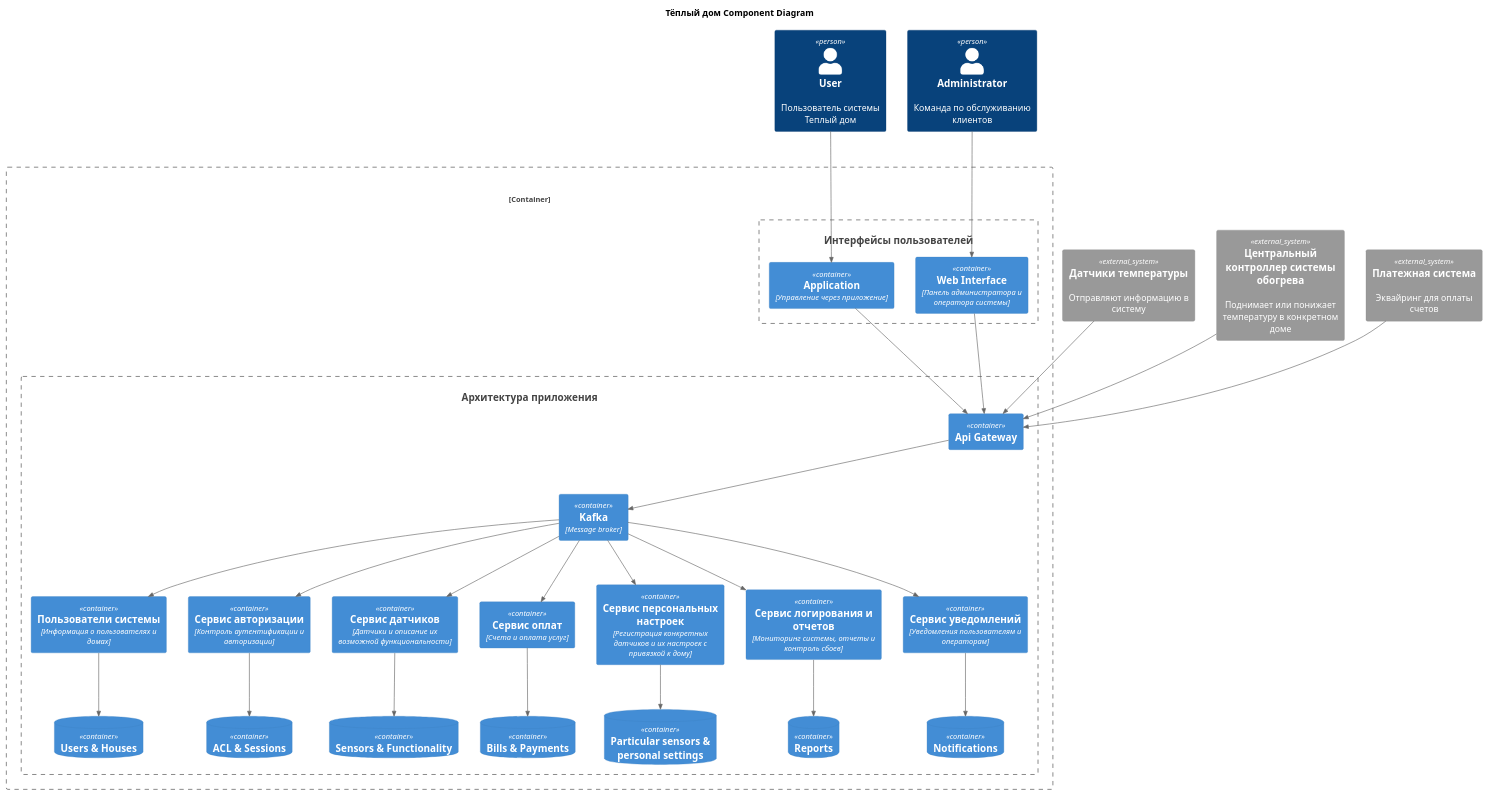
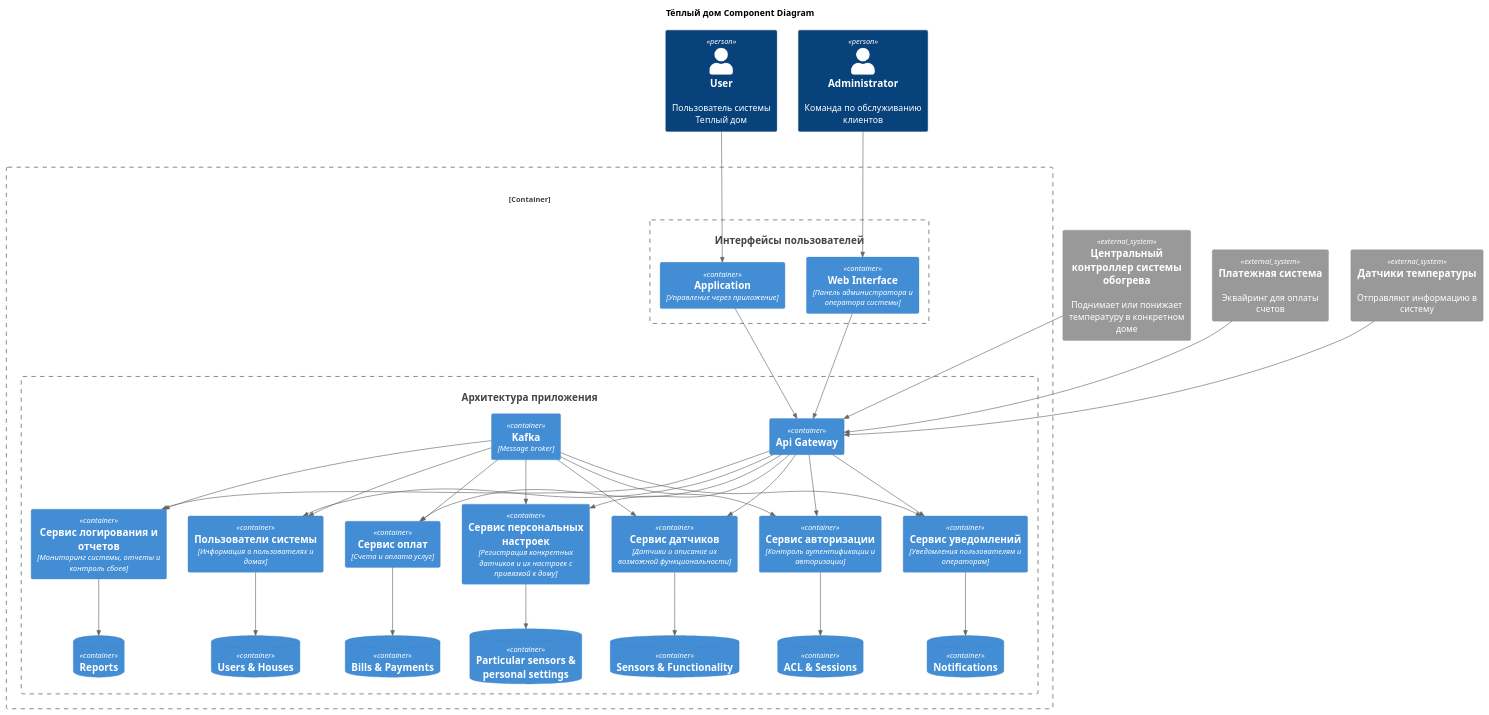
The diagram in docs/Container.puml (cisca/yandex03), drawn with PlantUML before and after one commit. The commit also changed 2 other files, not shown here.

```diff
--- a/docs/Container.puml
+++ b/docs/Container.puml
@@ -1,67 +1,75 @@
 @startuml
 title Тёплый дом Component Diagram
 
 top to bottom direction
 
 !includeurl https://raw.githubusercontent.com/RicardoNiepel/C4-PlantUML/master/C4_Component.puml
 
 Person(user, "User", "Пользователь системы Теплый дом")
 Person(admin, "Administrator", "Команда по обслуживанию клиентов")
 
 Container_Boundary(system, "") {
     Container(frontend, "Интерфейсы пользователей", "")
     Container(backend, "Архитектура приложения", "")
 }
 
 Container_Boundary(frontend, "") {
     Container(web, "Web Interface", "Панель администратора и оператора системы")
     Container(app, "Application", "Управление через приложение")
 }
 
 Container_Boundary(backend, "Архитектура приложения") {
     Container(gateway, "Api Gateway", "")
     Container(kafka, "Kafka", "Message broker")
     Container(users, "Пользователи системы", "Информация о пользователях и домах")
     Container(auth, "Сервис авторизации", "Контроль аутентификации и авторизации")
     Container(sensors, "Сервис датчиков", "Датчики и описание их возможной функциональности")
     Container(payments, "Сервис оплат", "Счета и оплата услуг")
     Container(personal, "Сервис персональных настроек", "Регистрация конкретных датчиков и их настроек с привязкой к дому")
     Container(report, "Сервис логирования и отчетов", "Мониторинг системы, отчеты и контроль сбоев")
     Container(notification, "Сервис уведомлений", "Уведомления пользователям и операторам")
     ContainerDb(users_db, "Users & Houses")
     ContainerDb(auth_db, "ACL & Sessions")
     ContainerDb(sensors_db, "Sensors & Functionality")
     ContainerDb(payments_db, "Bills & Payments")
     ContainerDb(personal_db, "Particular sensors & personal settings")
     ContainerDb(report_db, "Reports")
     ContainerDb(notification_db, "Notifications")
 }
 
 System_Ext(sensor, "Датчики температуры", "Отправляют информацию в систему")
 System_Ext(heater, "Центральный контроллер системы обогрева", "Поднимает или понижает температуру в конкретном доме")
 System_Ext(paymentSystem, "Платежная система", "Эквайринг для оплаты счетов")
 
-Rel(gateway,kafka,"")
+Rel(gateway,users,"")
+Rel(gateway,auth,"")
+Rel(gateway,sensors,"")
+Rel(gateway,personal,"")
+Rel(gateway,payments,"")
+Rel(gateway,report,"")
+Rel(gateway,notification,"")
+
+
 Rel(kafka,users,"")
 Rel(kafka,auth,"")
 Rel(kafka,sensors,"")
 Rel(kafka,personal,"")
 Rel(kafka,payments,"")
 Rel(kafka,report,"")
 Rel(kafka,notification,"")
 Rel(sensor,gateway,"")
 Rel(heater,gateway,"")
 Rel(paymentSystem,gateway,"")
 
 Rel(users,users_db,"")
 Rel(auth,auth_db,"")
 Rel(sensors,sensors_db,"")
 Rel(personal,personal_db,"")
 Rel(payments,payments_db,"")
 Rel(report,report_db,"")
 Rel(notification,notification_db,"")
 Rel(user, app, "")
 Rel(admin, web, "")
 Rel(web,gateway,"")
 Rel(app,gateway,"")
 @enduml
```
